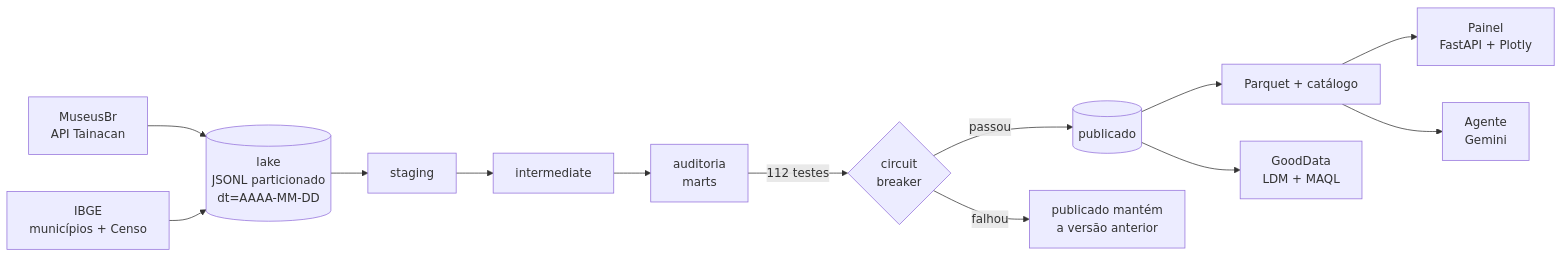
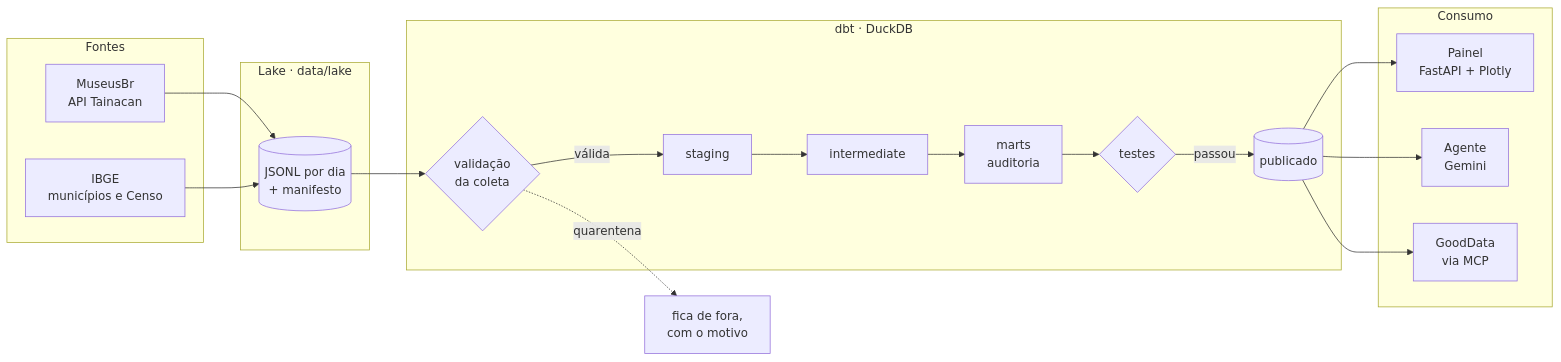
Before and after one commit to Pantercode/DBT_Agente_Goodata: the first of 3 diagrams in README.md, drawn with Mermaid. The commit also changed other lines of this file and 43 other files, not shown here.

````diff
--- a/README.md
+++ b/README.md
@@ -38,13 +83,27 @@
 ```mermaid
 flowchart LR
-    T[MuseusBr<br/>API Tainacan] --> L[(lake<br/>JSONL particionado<br/>dt=AAAA-MM-DD)]
-    I[IBGE<br/>municípios + Censo] --> L
-    L --> S[staging] --> N[intermediate] --> A[auditoria<br/>marts]
-    A -- 112 testes --> Q{circuit<br/>breaker}
-    Q -- passou --> P[(publicado)]
-    Q -- falhou --> X[publicado mantém<br/>a versão anterior]
-    P --> V[Parquet + catálogo]
-    V --> W[Painel<br/>FastAPI + Plotly]
-    V --> G[Agente<br/>Gemini]
-    P --> D[GoodData<br/>LDM + MAQL]
+    subgraph Fontes
+        T[MuseusBr<br/>API Tainacan]
+        I[IBGE<br/>municípios e Censo]
+    end
+    subgraph Lake["Lake · data/lake"]
+        L[(JSONL por dia<br/>+ manifesto)]
+    end
+    subgraph dbt["dbt · DuckDB"]
+        V{validação<br/>da coleta}
+        S[staging] --> N[intermediate] --> A[marts<br/>auditoria]
+        A --> Q{testes}
+        Q -- passou --> P[(publicado)]
+    end
+    subgraph Consumo
+        W[Painel<br/>FastAPI + Plotly]
+        G[Agente<br/>Gemini]
+        D[GoodData<br/>via MCP]
+    end
+    T --> L
+    I --> L
+    L --> V
+    V -- válida --> S
+    V -. quarentena .-> X[fica de fora,<br/>com o motivo]
+    P --> W & G & D
 ```
````
